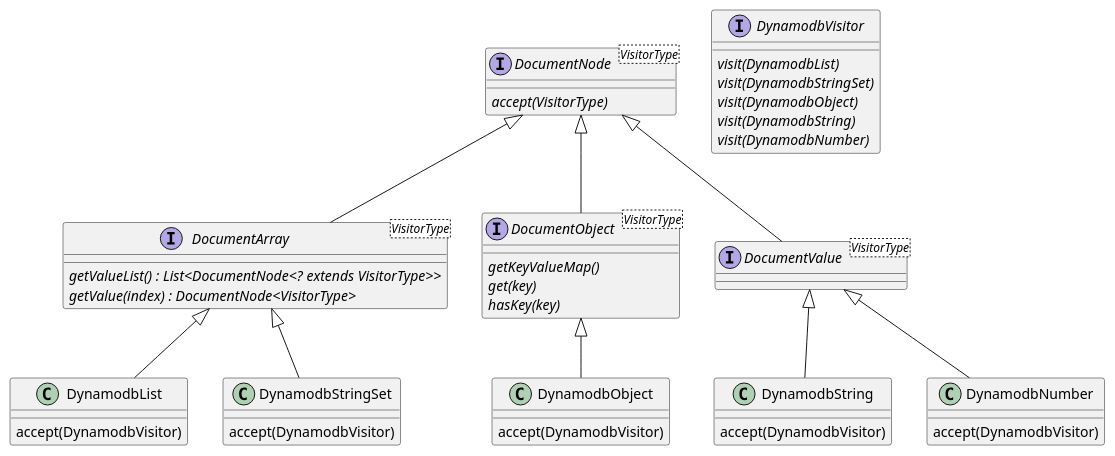
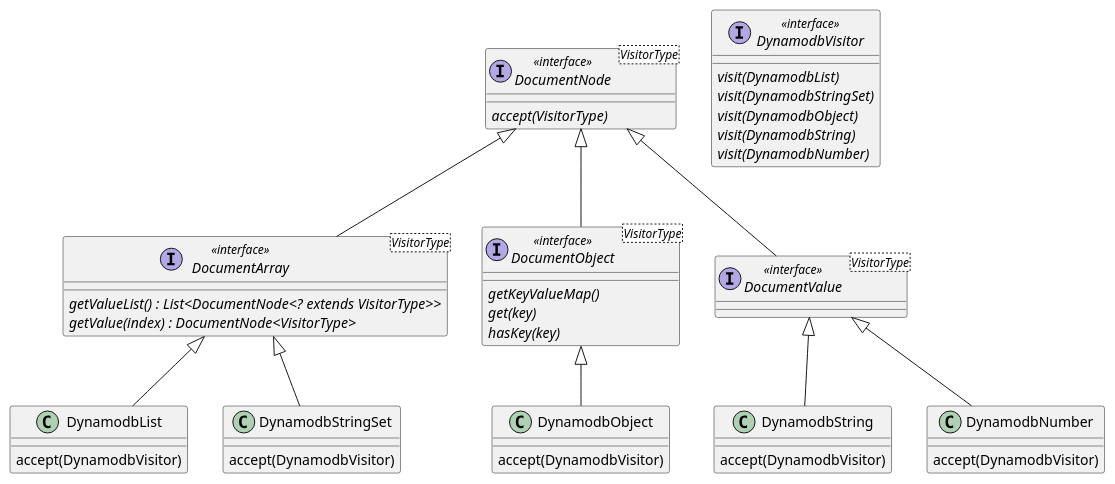
One commit to exasol/dynamodb-virtual-schema changed the diagram in doc/diagrams/documentnode.puml. Above: the diagram before and after it, drawn with PlantUML. The commit also changed 7 other files, not shown here.

Commit message:
added interface annotation to diagrams

```diff
--- a/doc/diagrams/documentnode.puml
+++ b/doc/diagrams/documentnode.puml
@@ -1,56 +1,56 @@
 @startuml
 
-interface DocumentNode<VisitorType>{
+interface  DocumentNode<VisitorType> <<interface>> {
 {abstract} accept(VisitorType)
 }
-interface DocumentArray<VisitorType>{
+interface  DocumentArray<VisitorType> <<interface>> {
 {abstract} getValueList() : List<DocumentNode<? extends VisitorType>>
 {abstract} getValue(index) : DocumentNode<VisitorType>
 }
-interface DocumentObject<VisitorType>{
+interface  DocumentObject<VisitorType> <<interface>> {
 {abstract} getKeyValueMap()
 {abstract} get(key)
 {abstract} hasKey(key)
 }
-interface DocumentValue<VisitorType>{
+interface  DocumentValue<VisitorType> <<interface>> {
 }
 
-interface DynamodbVisitor{
+interface  DynamodbVisitor <<interface>> {
 {abstract} visit(DynamodbList)
 {abstract} visit(DynamodbStringSet)
 {abstract} visit(DynamodbObject)
 {abstract} visit(DynamodbString)
 {abstract} visit(DynamodbNumber)
 }
 
 DocumentNode <|-- DocumentArray
 DocumentNode <|-- DocumentObject
 DocumentNode <|-- DocumentValue
 
 DocumentArray <|-- DynamodbList
 DocumentArray <|-- DynamodbStringSet
 DocumentObject <|-- DynamodbObject
 DocumentValue <|-- DynamodbString
 DocumentValue <|-- DynamodbNumber
 
 class DynamodbList{
 accept(DynamodbVisitor)
 }
 
 class DynamodbStringSet{
 accept(DynamodbVisitor)
 }
 
 class DynamodbObject{
 accept(DynamodbVisitor)
 }
 
 class DynamodbString{
 accept(DynamodbVisitor)
 }
 
 class DynamodbNumber{
 accept(DynamodbVisitor)
 }
 
 @enduml
```
